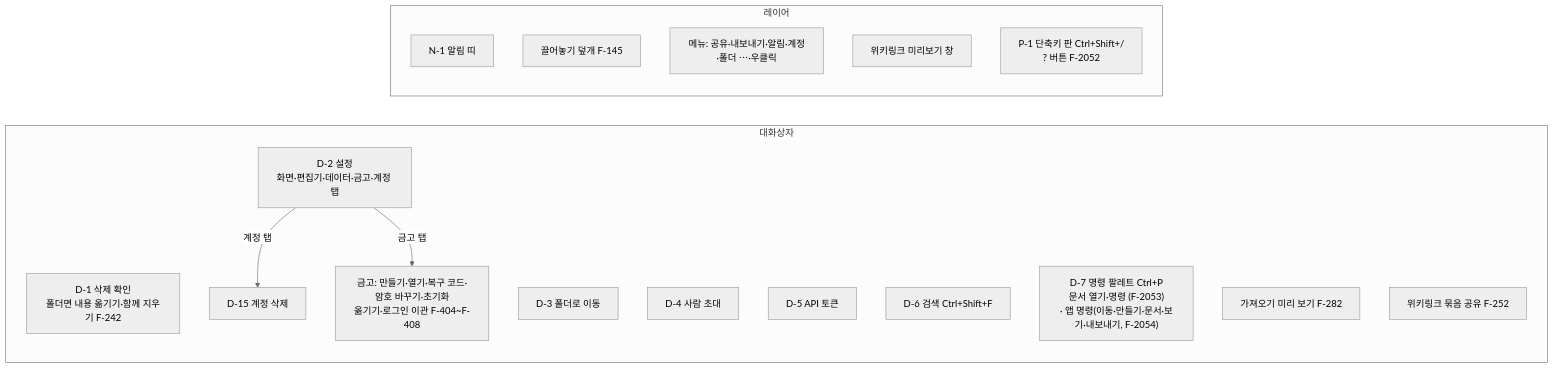
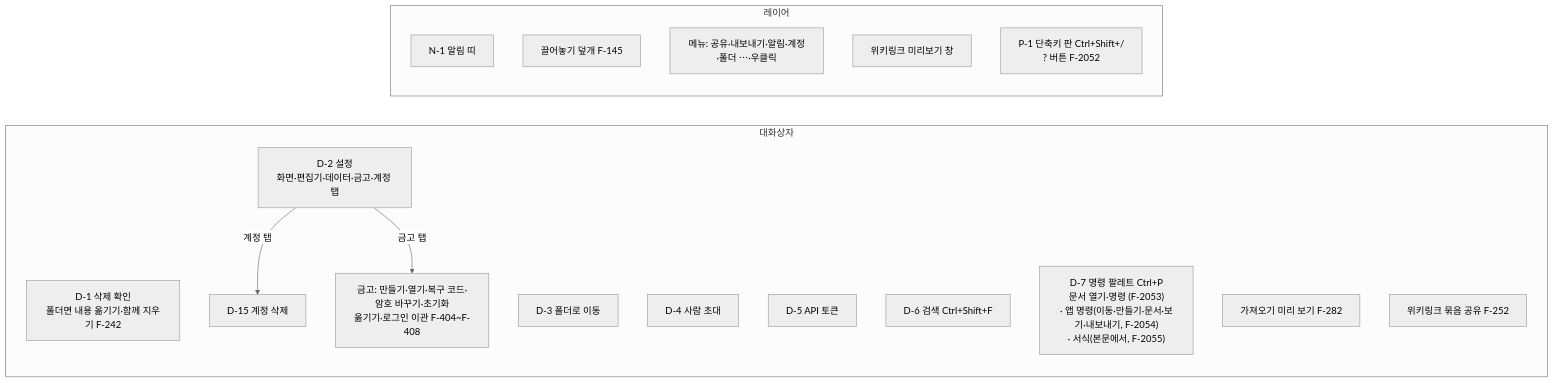
One commit to R00neyj/rawdoc changed the fourth of 5 diagrams in specs/map.md. Above: the diagram before and after it, drawn with Mermaid (neutral theme). The commit also changed 6 other files, not shown here.

````diff
--- a/specs/map.md
+++ b/specs/map.md
@@ -112,25 +112,25 @@
 ```mermaid
 flowchart LR
   subgraph dlg["대화상자"]
     D1["D-1 삭제 확인<br/>폴더면 내용 옮기기·함께 지우기 F-242"]
     D2["D-2 설정<br/>화면·편집기·데이터·금고·계정 탭"]
     D3["D-3 폴더로 이동"]
     D4["D-4 사람 초대"]
     D5["D-5 API 토큰"]
     D6["D-6 검색 Ctrl+Shift+F"]
-    D7["D-7 명령 팔레트 Ctrl+P<br/>문서 열기·명령 (F-2053)<br/>· 앱 명령(이동·만들기·문서·보기·내보내기, F-2054)"]
+    D7["D-7 명령 팔레트 Ctrl+P<br/>문서 열기·명령 (F-2053)<br/>· 앱 명령(이동·만들기·문서·보기·내보내기, F-2054)<br/>· 서식(본문에서, F-2055)"]
     D15["D-15 계정 삭제"]
     imp["가져오기 미리 보기 F-282"]
     set["위키링크 묶음 공유 F-252"]
     vault["금고: 만들기·열기·복구 코드·암호 바꾸기·초기화<br/>옮기기·로그인 이관 F-404~F-408"]
   end
   subgraph layer["레이어"]
     N1["N-1 알림 띠"]
     drop["끌어놓기 덮개 F-145"]
     menus["메뉴: 공유·내보내기·알림·계정·폴더 ⋯·우클릭"]
     preview["위키링크 미리보기 창"]
     P1["P-1 단축키 판 Ctrl+Shift+/<br/>? 버튼 F-2052"]
   end
   D2 -- "계정 탭" --> D15
   D2 -- "금고 탭" --> vault
 ```
````
